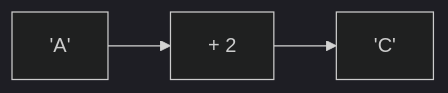
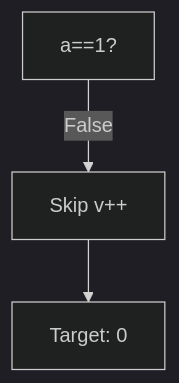
One commit to amnahwaida/OSNK_INF_PREP changed the third of 25 diagrams in part-c-pemahaman-cpp/03-perulangan/latihan/set-09.md. Above: the diagram before and after it, drawn with Mermaid (dark theme). The commit also changed other lines of this file and 71 other files, not shown here.

Commit message:
Fixed Mermaid syntax lexical errors with quoted labels in 1,800 questions

````diff
--- a/part-c-pemahaman-cpp/03-perulangan/latihan/set-09.md
+++ b/part-c-pemahaman-cpp/03-perulangan/latihan/set-09.md
@@ -114,5 +83,5 @@
 ```mermaid
-graph LR
-A['A'] --> B[+ 2]
-B --> C['C']
+graph TD
+A["a==1?"] -- "False" --> B["Skip v++"]
+B --> C["Target: 0"]
 ```
````
